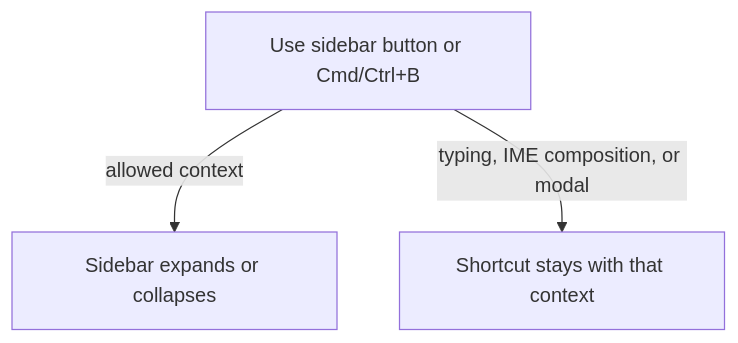
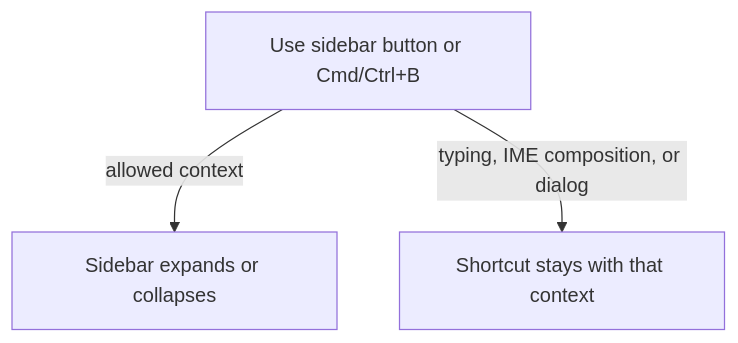
The first of 2 diagrams in user-stories/navigation/US-NAV-22-desktop-sidebar-toggle.md (Kevinjohn/capacitylens), drawn with Mermaid before and after one commit. The commit also changed other lines of this file and 88 other files, not shown here.

First line of the commit message:
Modal to dialog: rename the form dialog wrapper and remaining names

````diff
--- a/user-stories/navigation/US-NAV-22-desktop-sidebar-toggle.md
+++ b/user-stories/navigation/US-NAV-22-desktop-sidebar-toggle.md
@@ -21,5 +21,5 @@
 ```mermaid
 flowchart TD
   trigger["Use sidebar button or Cmd/Ctrl+B"] -->|allowed context| toggle["Sidebar expands or collapses"]
-  trigger -->|typing, IME composition, or modal| yielded["Shortcut stays with that context"]
+  trigger -->|typing, IME composition, or dialog| yielded["Shortcut stays with that context"]
 ```
````
